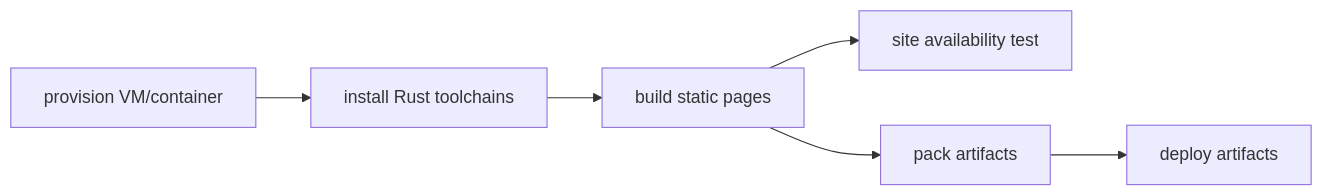
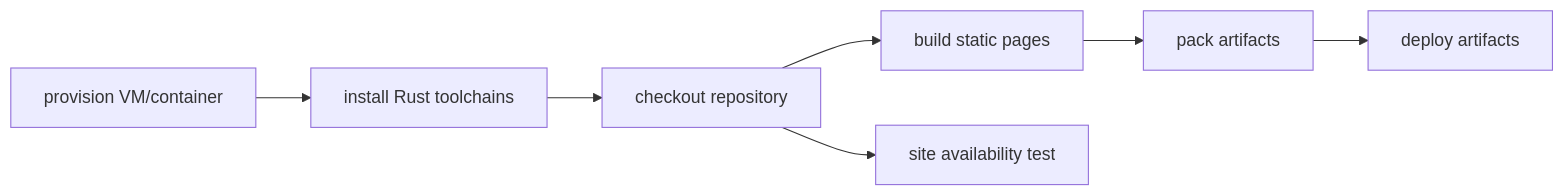
The second of 2 diagrams in README.md (enkron/enkron.github.io), drawn with Mermaid before and after one commit.

Commit message:
fix: add missed 'checkout' stage into the flowchart

````diff
--- a/README.md
+++ b/README.md
@@ -15,8 +15,9 @@
 ```mermaid
     flowchart LR;
     A[provision VM/container]-->B[install Rust toolchains];
-    B-->C[build static pages];
-    C-->D[site availability test];
-    C-->E[pack artifacts];
-    E-->F[deploy artifacts];
+    B-->C[checkout repository];
+    C-->D[build static pages];
+    C-->E[site availability test];
+    D-->F[pack artifacts];
+    F-->G[deploy artifacts];
 ```
````
